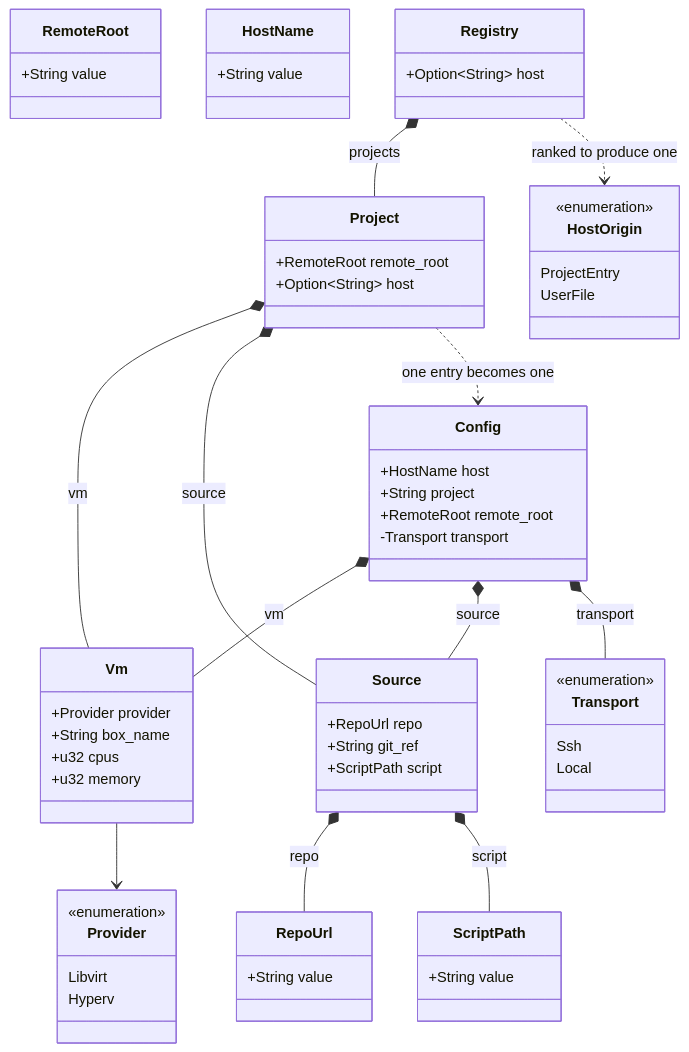
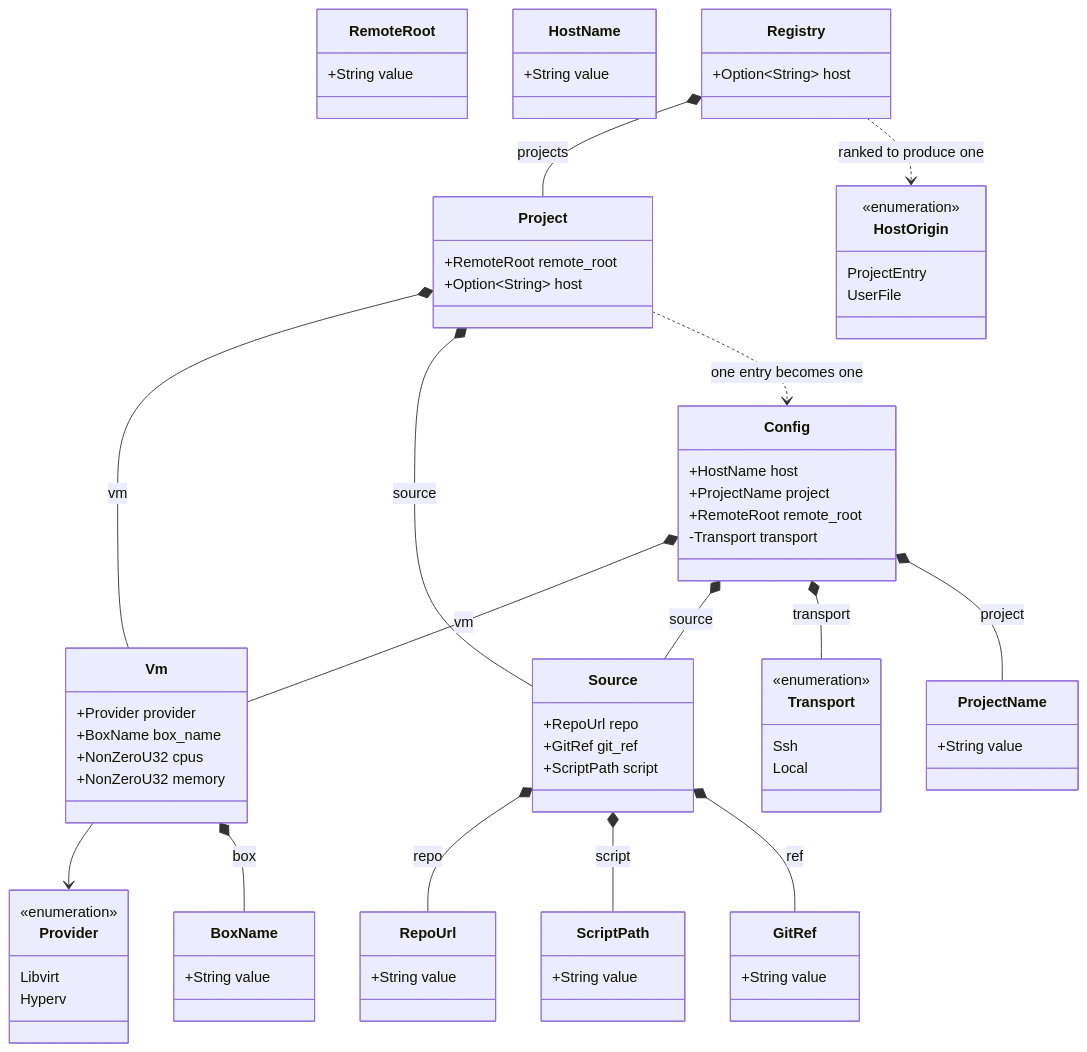
The third of 6 diagrams in docs/architecture.md (breki/bombyx), drawn with Mermaid before and after one commit. The commit also changed other lines of this file and 13 other files, not shown here.

````diff
--- a/docs/architecture.md
+++ b/docs/architecture.md
@@ -184,66 +184,78 @@
 ```mermaid
 classDiagram
   class Config {
     +HostName host
-    +String project
+    +ProjectName project
     +RemoteRoot remote_root
     -Transport transport
   }
   class Vm {
     +Provider provider
-    +String box_name
-    +u32 cpus
-    +u32 memory
+    +BoxName box_name
+    +NonZeroU32 cpus
+    +NonZeroU32 memory
   }
   class Source {
     +RepoUrl repo
-    +String git_ref
+    +GitRef git_ref
     +ScriptPath script
   }
   class RepoUrl {
     +String value
   }
   class ScriptPath {
+    +String value
+  }
+  class GitRef {
+    +String value
+  }
+  class BoxName {
+    +String value
+  }
+  class ProjectName {
     +String value
   }
   class RemoteRoot {
     +String value
   }
   class HostName {
     +String value
   }
   class Provider {
     <<enumeration>>
     Libvirt
     Hyperv
   }
   class Registry {
     +Option~String~ host
   }
   class Project {
     +RemoteRoot remote_root
     +Option~String~ host
   }
   class HostOrigin {
     <<enumeration>>
     ProjectEntry
     UserFile
   }
   class Transport {
     <<enumeration>>
     Ssh
     Local
   }
 
   Config *-- Vm : vm
   Config *-- Source : source
   Config *-- Transport : transport
   Registry *-- Project : projects
   Project *-- Vm : vm
   Project *-- Source : source
   Project ..> Config : one entry becomes one
   Vm --> Provider
   Source *-- RepoUrl : repo
   Source *-- ScriptPath : script
+  Source *-- GitRef : ref
+  Vm *-- BoxName : box
+  Config *-- ProjectName : project
   Registry ..> HostOrigin : ranked to produce one
 ```
````
